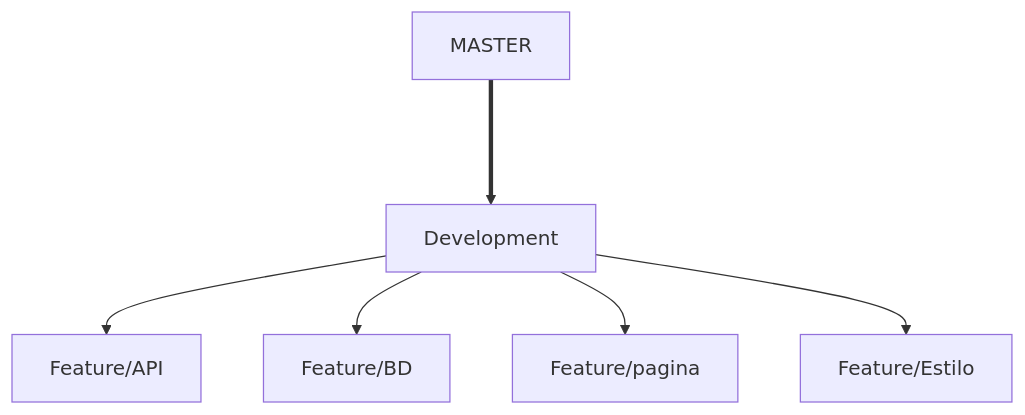
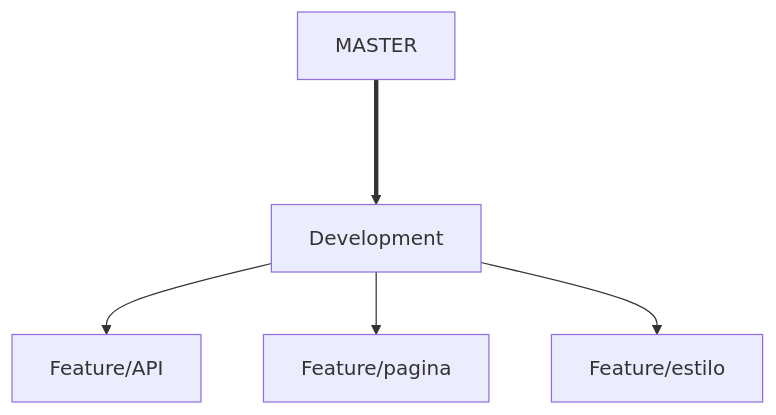
Before and after one commit to UNIVESP2021/Controle-para-fluxo-de-pagamentos: the diagram in README.md, drawn with Mermaid. The commit also changed other lines of this file and 8 other files, not shown here.

````diff
--- a/README.md
+++ b/README.md
@@ -19,8 +40,7 @@
 ```mermaid
 graph TD
   MASTER ===> Development;
   Development --> Feature/API;
-  Development --> Feature/BD;
   Development --> Feature/pagina;
-  Development --> Feature/Estilo;
+  Development --> Feature/estilo;
 ```
````
